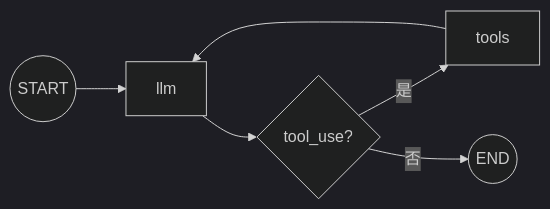
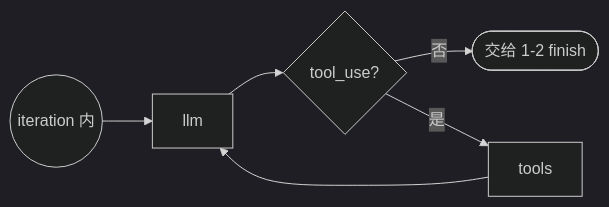
One commit to VirusPC/claude-code-best changed the second of 8 diagrams in .shousui/notes/query-react-three-layers.md. Above: the diagram before and after it, drawn with Mermaid (dark theme). The commit also changed other lines of this file, not shown here.

First line of the commit message:
docs: 重整 query 笔记图表与章节编号

````diff
--- a/.shousui/notes/query-react-three-layers.md
+++ b/.shousui/notes/query-react-three-layers.md
@@ -73,8 +74,8 @@
 ```mermaid
 flowchart LR
-  START((START)) --> llm["llm"]
-  llm --> route{tool_use?}
-  route -->|是| tools["tools"]
-  route -->|否| END((END))
-  tools --> llm
+  START((iteration 内)) --> LLM["llm"]
+  LLM --> Q{"tool_use?"}
+  Q -->|否| EXIT(["交给 1-2 finish"])
+  Q -->|是| TOOLS["tools"]
+  TOOLS --> LLM
 ```
````
